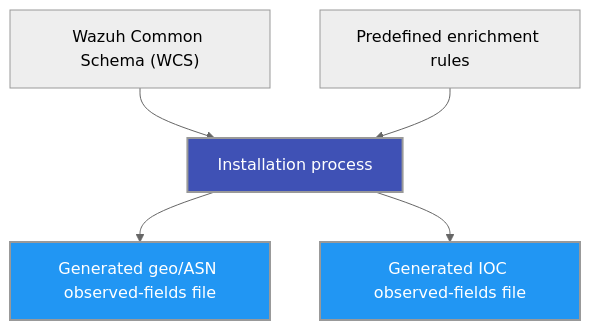
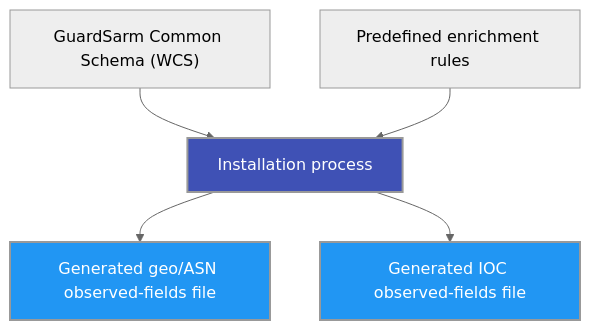
The eighth of 20 diagrams in docs/ref/modules/engine/README.md (guardsarm/guardsarm), drawn with Mermaid (neutral theme) before and after one commit. The commit also changed other lines of this file and 4082 other files, not shown here.

First line of the commit message:
GuardSarm rebrand (R1) + native build/runtime fixes

````diff
--- a/docs/ref/modules/engine/README.md
+++ b/docs/ref/modules/engine/README.md
@@ -596,18 +596,18 @@
 ```mermaid
 flowchart TD
 
 classDef src fill:#eeeeee,stroke-width:1px
 classDef proc fill:#3f51b5,stroke-width:2px,color:#fff
 classDef out fill:#2196f3,stroke-width:2px,color:#fff
 
-wcs["Wazuh Common Schema (WCS)"]:::src
+wcs["GuardSarm Common Schema (WCS)"]:::src
 rules["Predefined enrichment rules"]:::src
 install["Installation process"]:::proc
 geoDef["Generated geo/ASN observed-fields file"]:::out
 iocDef["Generated IOC observed-fields file"]:::out
 
 wcs --> install
 rules --> install
 install --> geoDef
 install --> iocDef
 ```
````
